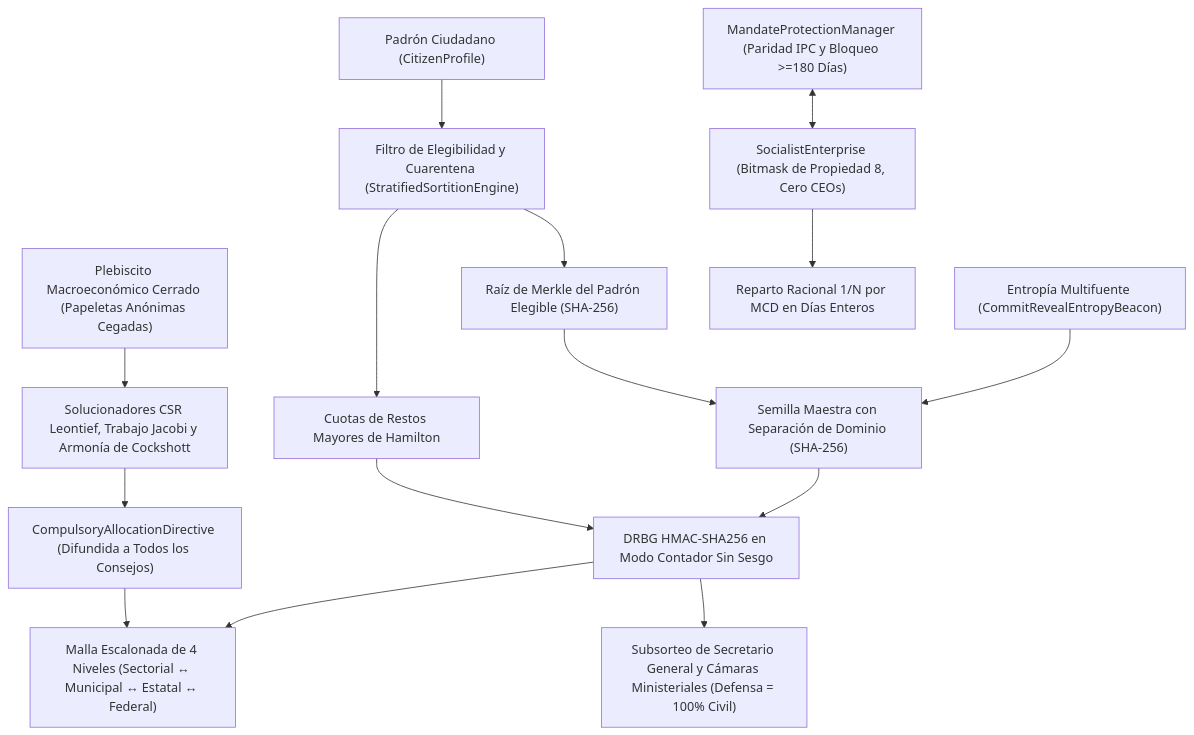
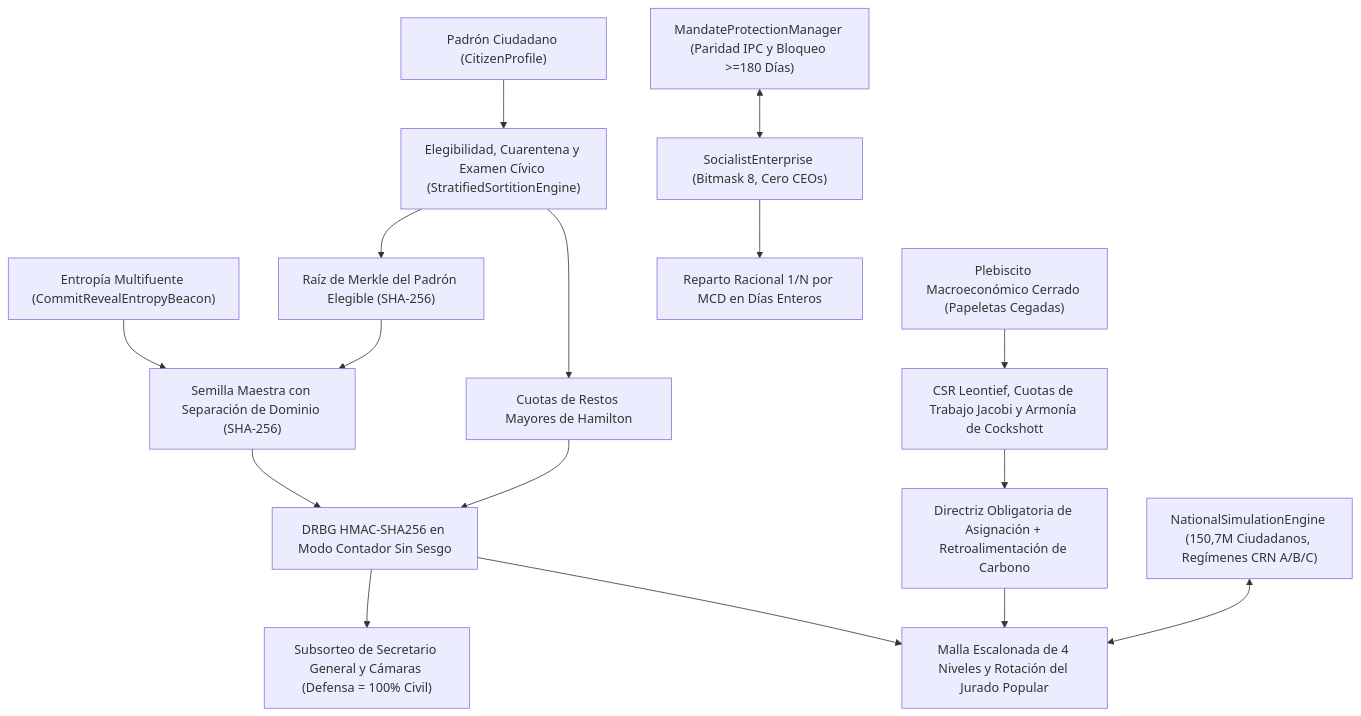
Before and after one commit to PJ-Oliveira/cibersoc: the diagram in docs/es/04_MECANICA_SUBYACENTE_UNDER_THE_HOOD.md, drawn with Mermaid. The commit also changed other lines of this file and 66 other files, not shown here.

````diff
--- a/docs/es/04_MECANICA_SUBYACENTE_UNDER_THE_HOOD.md
+++ b/docs/es/04_MECANICA_SUBYACENTE_UNDER_THE_HOOD.md
@@ -5,17 +5,18 @@
 ```mermaid
 flowchart TD
-    Pop["Padrón Ciudadano (CitizenProfile)"] --> Elig["Filtro de Elegibilidad y Cuarentena (StratifiedSortitionEngine)"]
+    Pop["Padrón Ciudadano (CitizenProfile)"] --> Elig["Elegibilidad, Cuarentena y Examen Cívico (StratifiedSortitionEngine)"]
     Beacon["Entropía Multifuente (CommitRevealEntropyBeacon)"] --> Seed["Semilla Maestra con Separación de Dominio (SHA-256)"]
     Elig --> Merkle["Raíz de Merkle del Padrón Elegible (SHA-256)"]
     Merkle --> Seed
     Seed --> DRBG["DRBG HMAC-SHA256 en Modo Contador Sin Sesgo"]
     Elig --> Hamilton["Cuotas de Restos Mayores de Hamilton"]
     Hamilton --> DRBG
-    DRBG --> Mesh["Malla Escalonada de 4 Niveles (Sectorial ↔ Municipal ↔ Estatal ↔ Federal)"]
-    DRBG --> Roles["Subsorteo de Secretario General y Cámaras Ministeriales (Defensa = 100% Civil)"]
-    Pleb["Plebiscito Macroeconómico Cerrado (Papeletas Anónimas Cegadas)"] --> CSR["Solucionadores CSR Leontief, Trabajo Jacobi y Armonía de Cockshott"]
-    CSR --> Directive["CompulsoryAllocationDirective (Difundida a Todos los Consejos)"]
+    DRBG --> Mesh["Malla Escalonada de 4 Niveles y Rotación del Jurado Popular"]
+    DRBG --> Roles["Subsorteo de Secretario General y Cámaras (Defensa = 100% Civil)"]
+    Pleb["Plebiscito Macroeconómico Cerrado (Papeletas Cegadas)"] --> CSR["CSR Leontief, Cuotas de Trabajo Jacobi y Armonía de Cockshott"]
+    CSR --> Directive["Directriz Obligatoria de Asignación + Retroalimentación de Carbono"]
     Directive --> Mesh
-    Ent["SocialistEnterprise (Bitmask de Propiedad 8, Cero CEOs)"] --> GCD["Reparto Racional 1/N por MCD en Días Enteros"]
+    Ent["SocialistEnterprise (Bitmask 8, Cero CEOs)"] --> GCD["Reparto Racional 1/N por MCD en Días Enteros"]
     Mandate["MandateProtectionManager (Paridad IPC y Bloqueo >=180 Días)"] <--> Ent
+    SEEM["NationalSimulationEngine (150,7M Ciudadanos, Regímenes CRN A/B/C)"] <--> Mesh
 ```
````
